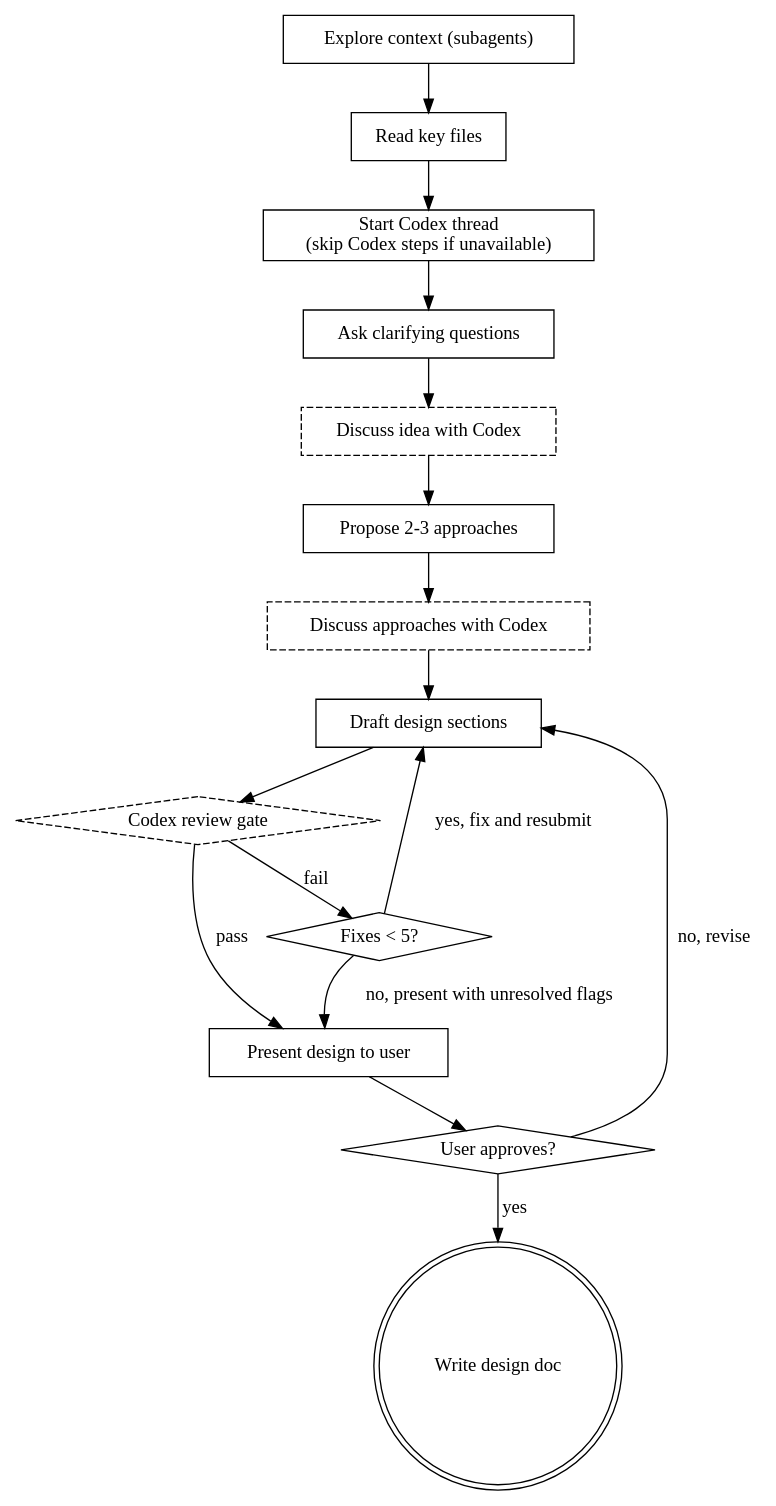
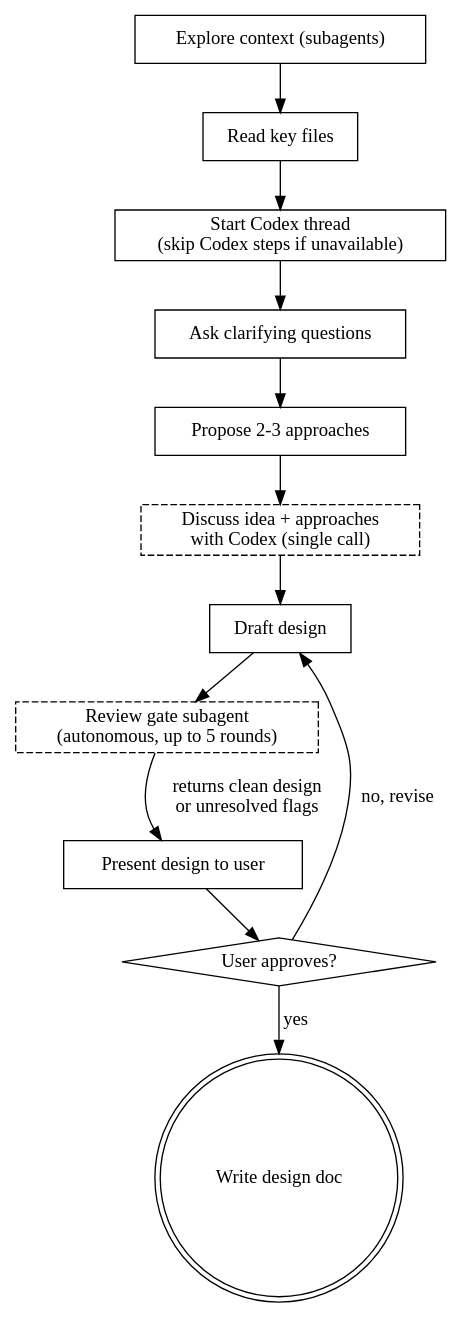
Before and after one commit to ebitoro/superpowers: the diagram in skills/brainstorming/SKILL.md, drawn with Graphviz. The commit also changed other lines of this file, not shown here.

Commit message:
refactor(brainstorming): reduce context usage — merge Codex calls, offload review gate to subagent

````diff
--- a/skills/brainstorming/SKILL.md
+++ b/skills/brainstorming/SKILL.md
@@ -62,33 +60,27 @@
 ```dot
 digraph brainstorming {
     "Explore context (subagents)" [shape=box];
     "Read key files" [shape=box];
     "Start Codex thread" [shape=box, label="Start Codex thread\n(skip Codex steps if unavailable)"];
     "Ask clarifying questions" [shape=box];
-    "Discuss idea with Codex" [shape=box style=dashed];
     "Propose 2-3 approaches" [shape=box];
-    "Discuss approaches with Codex" [shape=box style=dashed];
-    "Draft design sections" [shape=box];
-    "Codex review gate" [shape=diamond style=dashed];
-    "Fixes < 5?" [shape=diamond];
+    "Discuss idea + approaches\nwith Codex (single call)" [shape=box style=dashed];
+    "Draft design" [shape=box];
+    "Review gate subagent\n(up to 5 rounds)" [shape=box style=dashed, label="Review gate subagent\n(autonomous, up to 5 rounds)"];
     "Present design to user" [shape=box];
     "User approves?" [shape=diamond];
     "Write design doc" [shape=doublecircle];
 
     "Explore context (subagents)" -> "Read key files";
     "Read key files" -> "Start Codex thread";
     "Start Codex thread" -> "Ask clarifying questions";
-    "Ask clarifying questions" -> "Discuss idea with Codex";
-    "Discuss idea with Codex" -> "Propose 2-3 approaches";
-    "Propose 2-3 approaches" -> "Discuss approaches with Codex";
-    "Discuss approaches with Codex" -> "Draft design sections";
-    "Draft design sections" -> "Codex review gate";
-    "Codex review gate" -> "Present design to user" [label="pass"];
-    "Codex review gate" -> "Fixes < 5?" [label="fail"];
-    "Fixes < 5?" -> "Draft design sections" [label="yes, fix and resubmit"];
-    "Fixes < 5?" -> "Present design to user" [label="no, present with unresolved flags"];
+    "Ask clarifying questions" -> "Propose 2-3 approaches";
+    "Propose 2-3 approaches" -> "Discuss idea + approaches\nwith Codex (single call)";
+    "Discuss idea + approaches\nwith Codex (single call)" -> "Draft design";
+    "Draft design" -> "Review gate subagent\n(up to 5 rounds)";
+    "Review gate subagent\n(up to 5 rounds)" -> "Present design to user" [label="returns clean design\nor unresolved flags"];
     "Present design to user" -> "User approves?";
-    "User approves?" -> "Draft design sections" [label="no, revise"];
+    "User approves?" -> "Draft design" [label="no, revise"];
     "User approves?" -> "Write design doc" [label="yes"];
 }
 ```
````
